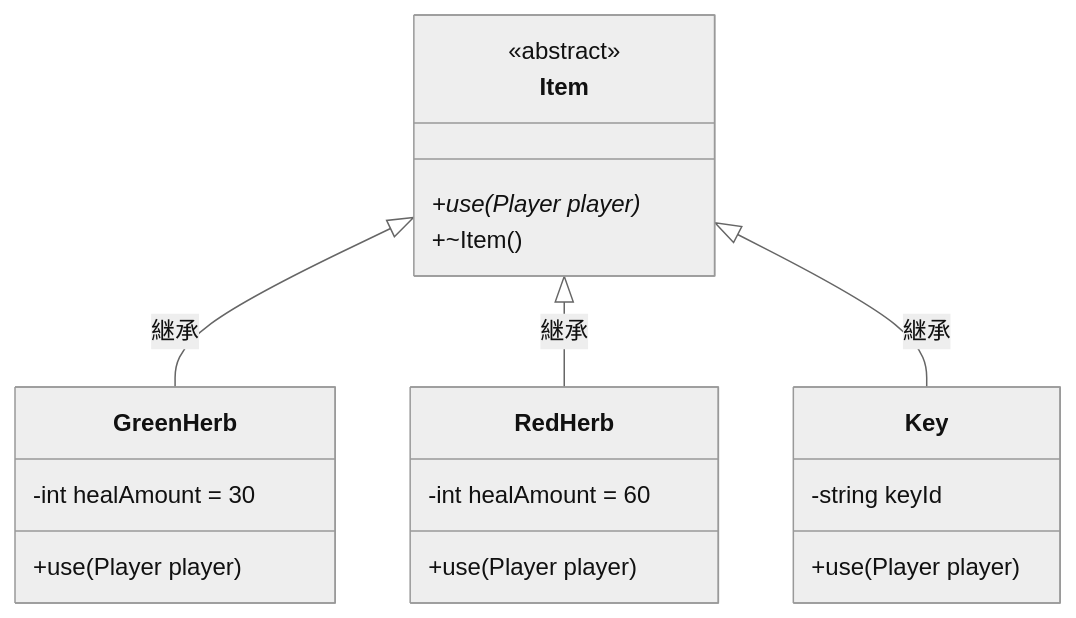
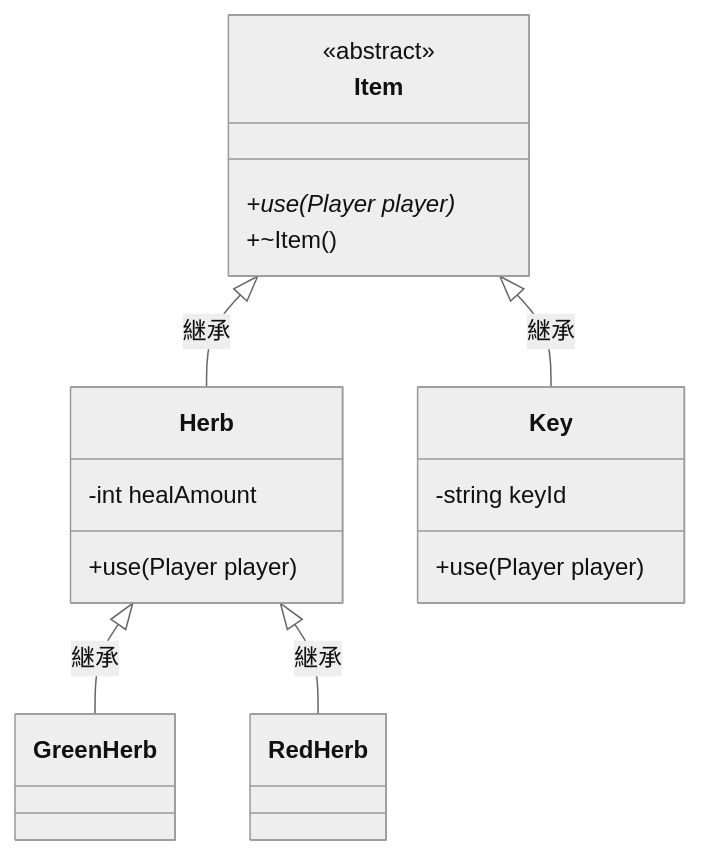
Before and after one commit to fuddt/Cplus: the second of 11 diagrams in Cplus/chapter-06-polymorphism.md, drawn with Mermaid (neutral theme). The commit also changed other lines of this file and 18 other files, not shown here.

````diff
--- a/Cplus/chapter-06-polymorphism.md
+++ b/Cplus/chapter-06-polymorphism.md
@@ -47,27 +56,29 @@
 ```mermaid
 classDiagram
     class Item {
         <<abstract>>
         +use(Player player)*
         +~Item()
     }
 
-    class GreenHerb {
-        -int healAmount = 30
+    class Herb {
+        -int healAmount
         +use(Player player)
     }
 
+    class GreenHerb {
+    }
+
     class RedHerb {
-        -int healAmount = 60
-        +use(Player player)
     }
 
     class Key {
         -string keyId
         +use(Player player)
     }
 
-    Item <|-- GreenHerb : 継承
-    Item <|-- RedHerb   : 継承
-    Item <|-- Key        : 継承
+    Item <|-- Herb      : 継承
+    Herb <|-- GreenHerb : 継承
+    Herb <|-- RedHerb   : 継承
+    Item <|-- Key       : 継承
 ```
````
